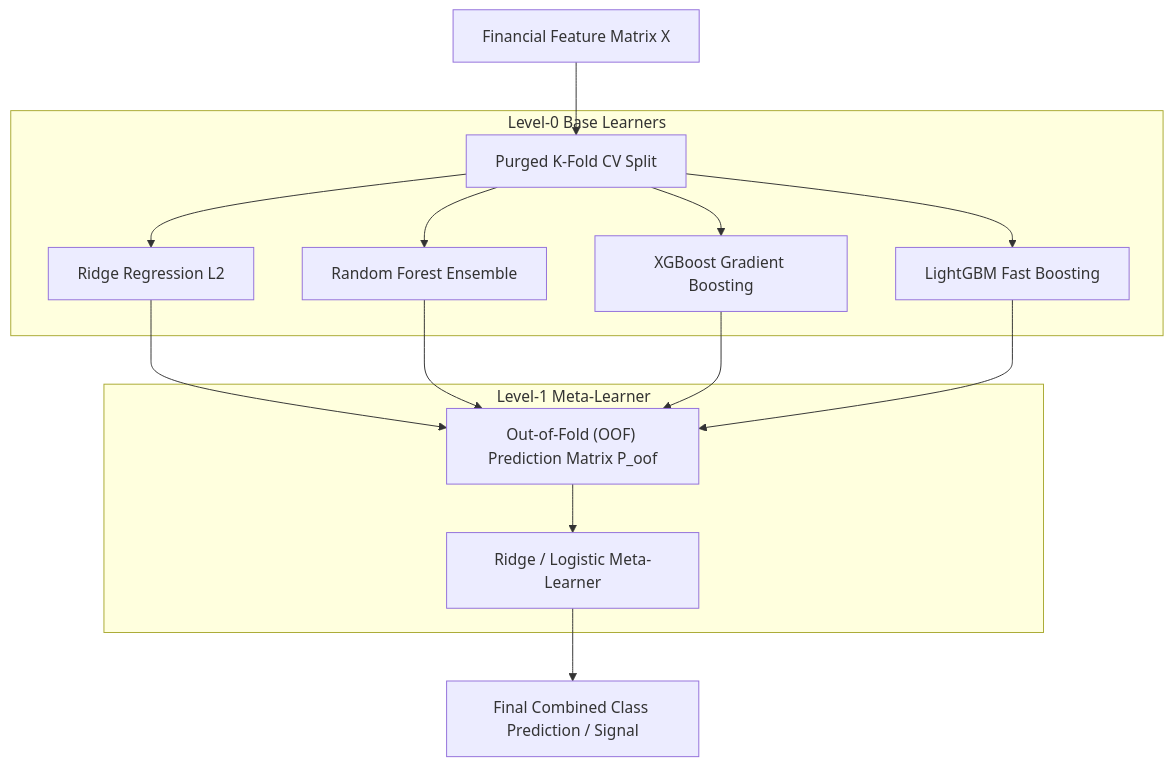
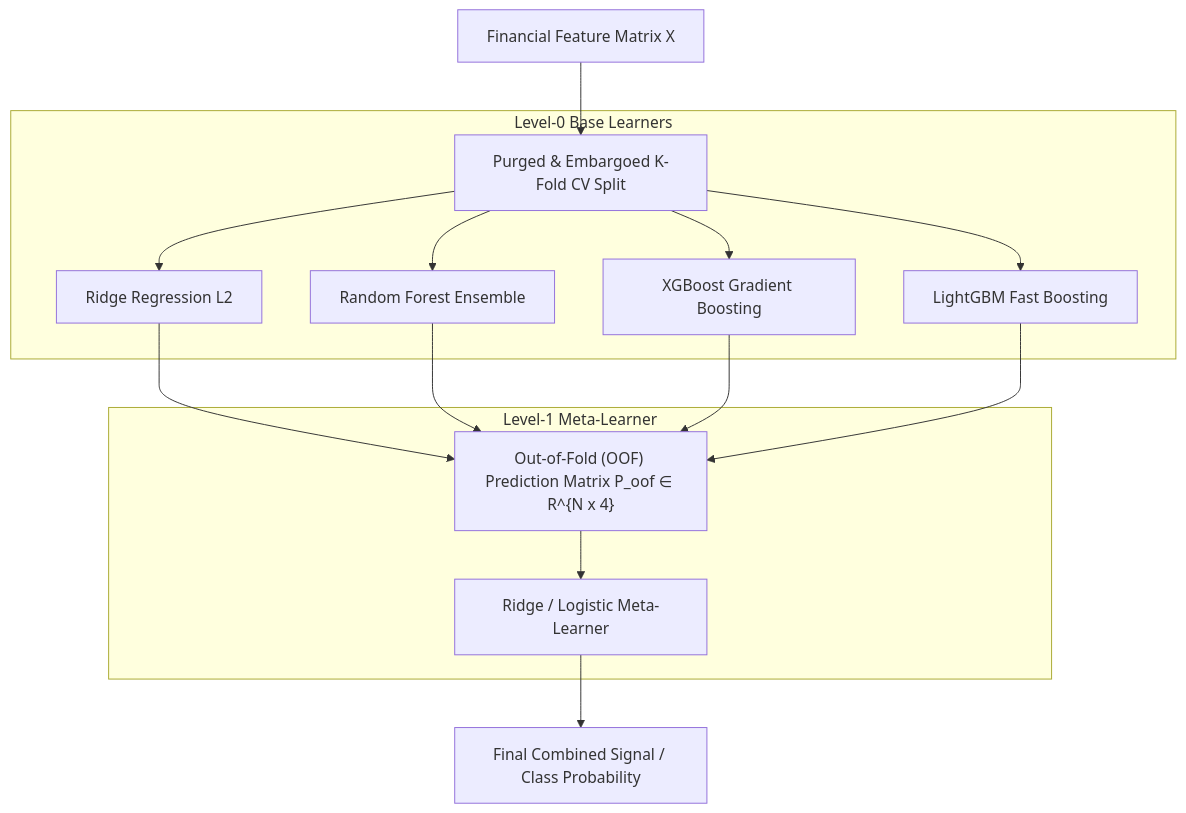
Before and after one commit to eggieinquant/wqu: the second of 4 diagrams in 07_machine_learning/README.md, drawn with Mermaid. The commit also changed other lines of this file and 6 other files, not shown here.

Commit message:
docs: overhaul and standardize READMEs across all MScFE modules (01-08) with Mermaid architectures, LaTeX formulas, and complete lesson mappings

````diff
--- a/07_machine_learning/README.md
+++ b/07_machine_learning/README.md
@@ -35,22 +35,22 @@
 ```mermaid
 flowchart TD
-    Data["Financial Feature Matrix X"] --> CV["Purged K-Fold CV Split"]
+    Data["Financial Feature Matrix X"] --> CV["Purged & Embargoed K-Fold CV Split"]
     
     subgraph Level0 ["Level-0 Base Learners"]
         CV --> Ridge["Ridge Regression L2"]
         CV --> RF["Random Forest Ensemble"]
         CV --> XGB["XGBoost Gradient Boosting"]
         CV --> LGBM["LightGBM Fast Boosting"]
     end
     
-    Ridge --> OOF["Out-of-Fold (OOF) Prediction Matrix P_oof"]
+    Ridge --> OOF["Out-of-Fold (OOF) Prediction Matrix P_oof ∈ R^{N x 4}"]
     RF --> OOF
     XGB --> OOF
     LGBM --> OOF
     
     subgraph Level1 ["Level-1 Meta-Learner"]
         OOF --> Meta["Ridge / Logistic Meta-Learner"]
     end
     
-    Meta --> Final["Final Combined Class Prediction / Signal"]
+    Meta --> Final["Final Combined Signal / Class Probability"]
 ```
````
